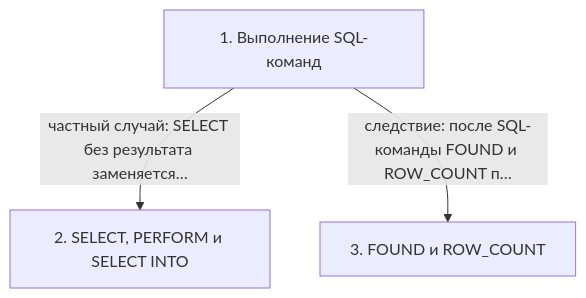
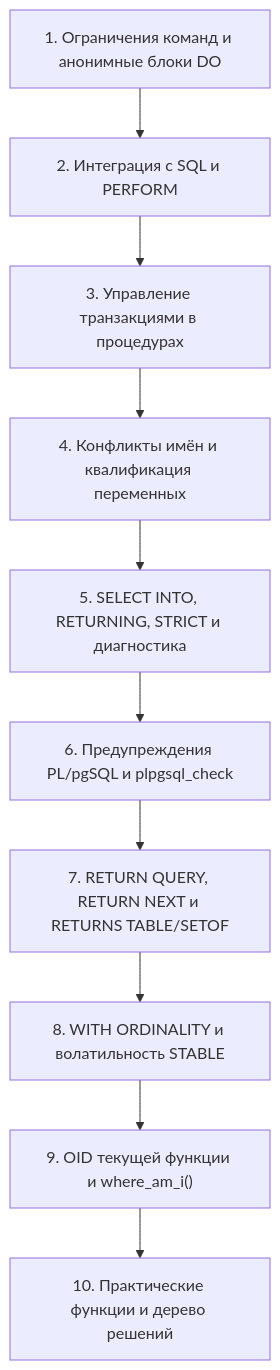
The diagram in postgres-dev1/13 - DEV1-16. 12. Выполнение запросов/notes.md (AsoloCode/notes), drawn with Mermaid before and after one commit. The commit also changed other lines of this file and 503 other files, not shown here.

First line of the commit message:
Обновить конспекты PostgreSQL (QPT-16, DEV1-16): слайды, схемы, факт-чек

````diff
--- a/postgres-dev1/13 - DEV1-16. 12. Выполнение запросов/notes.md
+++ b/postgres-dev1/13 - DEV1-16. 12. Выполнение запросов/notes.md
@@ -136,8 +570,22 @@
 ```mermaid
 flowchart TD
-    n1["1. Выполнение SQL-команд"]
-    n2["2. SELECT, PERFORM и SELECT INTO"]
-    n3["3. FOUND и ROW_COUNT"]
-    n1 -->|частный случай: SELECT без результата заменяется…| n2
-    n1 -->|следствие: после SQL-команды FOUND и ROW_COUNT п…| n3
+    n1["1. Ограничения команд и анонимные блоки DO"]
+    n2["2. Интеграция с SQL и PERFORM"]
+    n3["3. Управление транзакциями в процедурах"]
+    n4["4. Конфликты имён и квалификация переменных"]
+    n5["5. SELECT INTO, RETURNING, STRICT и диагностика"]
+    n6["6. Предупреждения PL/pgSQL и plpgsql_check"]
+    n7["7. RETURN QUERY, RETURN NEXT и RETURNS TABLE/SETOF"]
+    n8["8. WITH ORDINALITY и волатильность STABLE"]
+    n9["9. OID текущей функции и where_am_i()"]
+    n10["10. Практические функции и дерево решений"]
+    n1 --> n2
+    n2 --> n3
+    n3 --> n4
+    n4 --> n5
+    n5 --> n6
+    n6 --> n7
+    n7 --> n8
+    n8 --> n9
+    n9 --> n10
 ```
````
